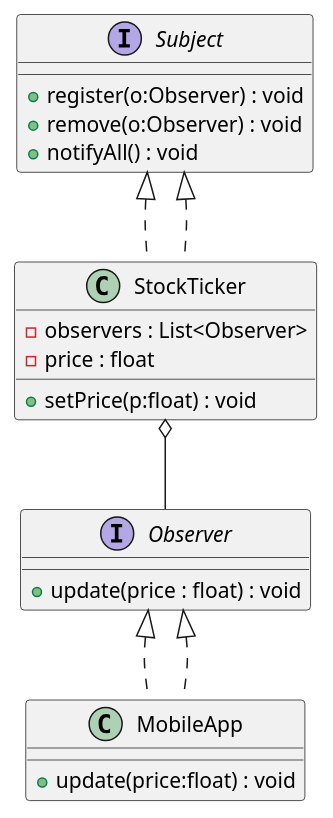
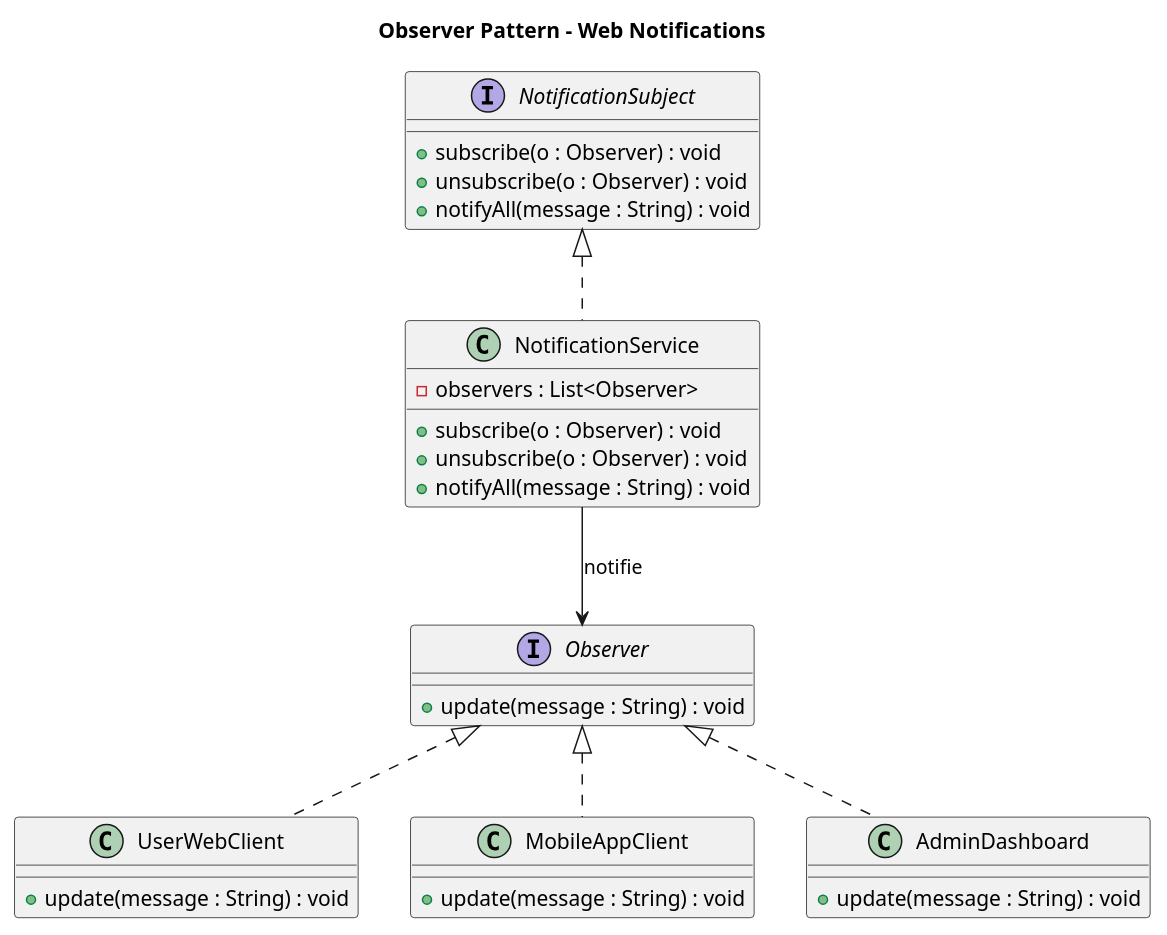
Before and after one commit to adamelhorri/COURS-M2-MIAGE-IPM: the eighth of 23 diagrams in Preparation Exam/Prepa du CC 25-09-2025/Prepa Back du CC 25-09-2025.md, drawn with PlantUML. The commit also changed other lines of this file and 14 other files, not shown here.

````diff
--- a/Preparation Exam/Prepa du CC 25-09-2025/Prepa Back du CC 25-09-2025.md
+++ b/Preparation Exam/Prepa du CC 25-09-2025/Prepa Back du CC 25-09-2025.md
@@ -280,23 +268,44 @@
 ```plantuml
 @startuml
+title Observer Pattern - Web Notifications
+
+' --- Subject (Observable) ---
+interface NotificationSubject {
+  + subscribe(o : Observer) : void
+  + unsubscribe(o : Observer) : void
+  + notifyAll(message : String) : void
+}
+
+class NotificationService {
+  - observers : List<Observer>
+  + subscribe(o : Observer) : void
+  + unsubscribe(o : Observer) : void
+  + notifyAll(message : String) : void
+}
+NotificationSubject <|.. NotificationService
+
+' --- Observer ---
 interface Observer {
-  + update(price : float) : void
+  + update(message : String) : void
 }
-interface Subject {
-  + register(o:Observer) : void
-  + remove(o:Observer) : void
-  + notifyAll() : void
+
+' --- Concrete Observers ---
+class UserWebClient {
+  + update(message : String) : void
 }
-class StockTicker implements Subject {
-  - observers : List<Observer>
-  - price : float
-  + setPrice(p:float) : void
+class MobileAppClient {
+  + update(message : String) : void
 }
-class MobileApp implements Observer {
-  + update(price:float) : void
+class AdminDashboard {
+  + update(message : String) : void
 }
-Subject <|.. StockTicker
-Observer <|.. MobileApp
-StockTicker o-- Observer
+
+Observer <|.. UserWebClient
+Observer <|.. MobileAppClient
+Observer <|.. AdminDashboard
+
+' --- Relations ---
+NotificationService --> Observer : "notifie"
 @enduml
+
 ```
````
